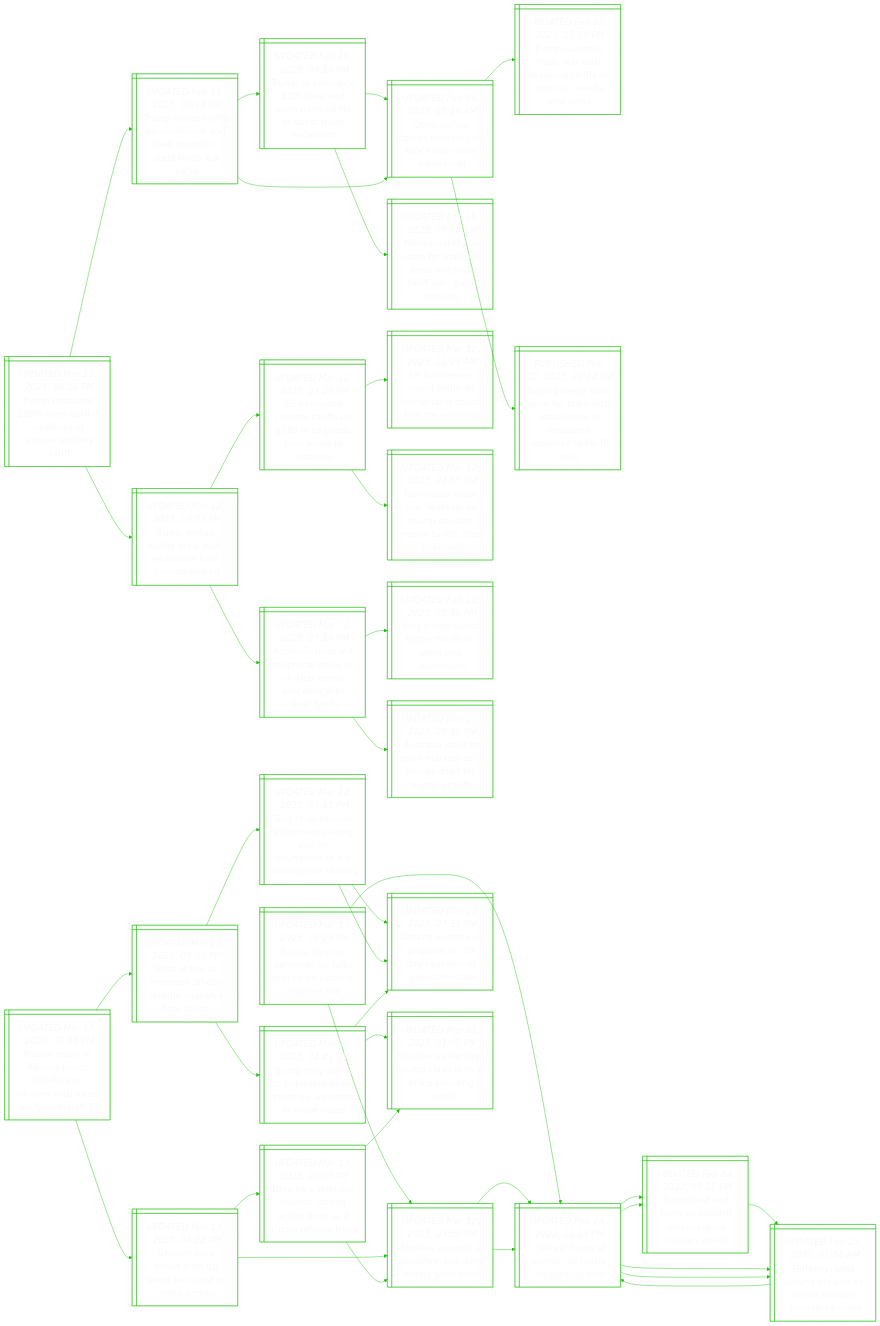
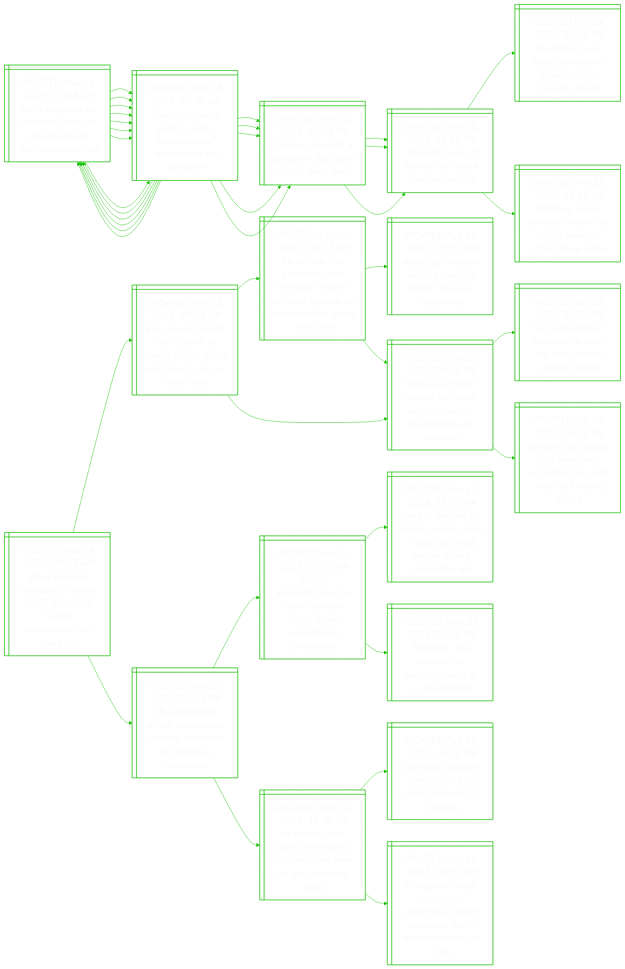
Before and after one commit to notJmes/notJmes: the diagram in README.md, drawn with Mermaid. The commit also changed other lines of this file, not shown here.

````diff
--- a/README.md
+++ b/README.md
@@ -16,64 +16,48 @@
 flowchart LR
 classDef txtsize font-size:20px;
 
-Tttirferekr@{ shape: win-pane, label: "_UPDATED Mar 13, 2025, 09:16 PM_
-Trump threatens 200% wine tariff if eu does not remove whiskey tariff" }
-Trsfanneonsds@{ shape: win-pane, label: "_UPDATED Feb 11, 2025, 06:19 PM_
-Trump raises tariffs on aluminium and steel imports in latest trade war salvo" }
-Ttosauuinsdao@{ shape: win-pane, label: "_UPDATED Feb 10, 2025, 09:10 PM_
-Trump to announce 25% steel and aluminium tariffs in latest trade escalation" }
-Opmogiodet@{ shape: win-pane, label: "_UPDATED Feb 08, 2025, 05:26 AM_
-Open up! us comes knocking on asia’s door amid trade reset" }
-MolneasUnirto@{ shape: win-pane, label: "_UPDATED Feb 10, 2025, 07:20 AM_
-More volatility in store for markets amid us-china tariff war, gaza tensions" }
-Opmogiodet@{ shape: win-pane, label: "_UPDATED Feb 08, 2025, 05:26 AM_
-Open up! us comes knocking on asia’s door amid trade reset" }
-Tlharsiroinnn@{ shape: win-pane, label: "_UPDATED Feb 02, 2025, 10:59 PM_
-Trump launches trade war with sweeping tariffs on mexico, canada and china" }
-Bnprflthoeeptik@{ shape: win-pane, label: "_PUBLISHED Feb 02, 2025, 08:14 PM_
-Beijing keeps door open for talks with washington in measured response to tariff hike" }
-Tmsfafaioad@{ shape: win-pane, label: "_UPDATED Mar 12, 2025, 10:53 PM_
-Trump metals tariffs draw swift retaliation from canada and eu" }
-EmceinSsbtr@{ shape: win-pane, label: "_UPDATED Mar 12, 2025, 03:20 PM_
-Eu to impose counter tariffs on $38b in us goods from boats to bourbon" }
-Uienrrachhn@{ shape: win-pane, label: "_UPDATED Mar 12, 2025, 11:05 AM_
-Us businesses sound alarm as trump tariff chaos hits the economy" }
-UaarsTdeartaf@{ shape: win-pane, label: "_UPDATED Mar 12, 2025, 02:55 PM_
-Us-canada trade war heats up as trump doubles metals tariffs, then backs off" }
-AauuiaeaTpetei@{ shape: win-pane, label: "_UPDATED Mar 12, 2025, 03:18 PM_
-Australia rules out reciprocal move on us after trump proceeds with steel tariffs" }
-Wungasedi@{ shape: win-pane, label: "_UPDATED Feb 12, 2025, 08:36 AM_
-Why trump wants higher tariffs on steel and aluminium" }
-Aaooneicsomr@{ shape: win-pane, label: "_UPDATED Mar 11, 2025, 09:16 PM_
-Australia looks to asian markets as it braces itself for trump’s tariffs" }
-
-Tttirferekr:::txtsize --> Trsfanneonsds:::txtsize
-Trsfanneonsds:::txtsize --> Ttosauuinsdao:::txtsize
-Ttosauuinsdao:::txtsize --> Opmogiodet:::txtsize
-Ttosauuinsdao:::txtsize --> MolneasUnirto:::txtsize
-Trsfanneonsds:::txtsize --> Opmogiodet:::txtsize
-Opmogiodet:::txtsize --> Tlharsiroinnn:::txtsize
-Opmogiodet:::txtsize --> Bnprflthoeeptik:::txtsize
-Tttirferekr:::txtsize --> Tmsfafaioad:::txtsize
-Tmsfafaioad:::txtsize --> EmceinSsbtr:::txtsize
-EmceinSsbtr:::txtsize --> Uienrrachhn:::txtsize
-EmceinSsbtr:::txtsize --> UaarsTdeartaf:::txtsize
-Tmsfafaioad:::txtsize --> AauuiaeaTpetei:::txtsize
-AauuiaeaTpetei:::txtsize --> Wungasedi:::txtsize
-AauuiaeaTpetei:::txtsize --> Aaooneicsomr:::txtsize
-
-Raomfltnius@{ shape: win-pane, label: "_UPDATED Mar 13, 2025, 06:25 PM_
-Russia lays out demands for talks with us on ukraine, sources say" }
+Psscfdrierrk@{ shape: win-pane, label: "_UPDATED Mar 14, 2025, 11:48 AM_
+Putin suggests us ceasefire idea for ukraine needs serious reworking" }
+Zsatenasmose@{ shape: win-pane, label: "_UPDATED Mar 14, 2025, 06:46 AM_
+Zelensky slams putin’s ‘very manipulative’ statements on ceasefire" }
+Unecfusit@{ shape: win-pane, label: "_UPDATED Mar 12, 2025, 05:55 PM_
+Ukraine accepts a ceasefire, but does russia want one?" }
 DsruasvUn@{ shape: win-pane, label: "_UPDATED Feb 24, 2022, 11:13 PM_
 'darkest hours of europe' as russia invades ukraine" }
-Bsnranicsak@{ shape: win-pane, label: "_UPDATED Feb 24, 2022, 09:21 PM_
-Bloodshed and tears as eastern ukraine faces russian attack" }
-Figokesnsts@{ shape: win-pane, label: "_UPDATED Feb 25, 2022, 01:54 AM_
-Fighting rages around ukraine as russia invades from three sides" }
-Figokesnsts@{ shape: win-pane, label: "_UPDATED Feb 25, 2022, 01:54 AM_
-Fighting rages around ukraine as russia invades from three sides" }
+Psscfdrierrk@{ shape: win-pane, label: "_UPDATED Mar 14, 2025, 11:48 AM_
+Putin suggests us ceasefire idea for ukraine needs serious reworking" }
+Zsatenasmose@{ shape: win-pane, label: "_UPDATED Mar 14, 2025, 06:46 AM_
+Zelensky slams putin’s ‘very manipulative’ statements on ceasefire" }
+Zsatenasmose@{ shape: win-pane, label: "_UPDATED Mar 14, 2025, 06:46 AM_
+Zelensky slams putin’s ‘very manipulative’ statements on ceasefire" }
+Zsatenasmose@{ shape: win-pane, label: "_UPDATED Mar 14, 2025, 06:46 AM_
+Zelensky slams putin’s ‘very manipulative’ statements on ceasefire" }
+Unecfusit@{ shape: win-pane, label: "_UPDATED Mar 12, 2025, 05:55 PM_
+Ukraine accepts a ceasefire, but does russia want one?" }
 DsruasvUn@{ shape: win-pane, label: "_UPDATED Feb 24, 2022, 11:13 PM_
 'darkest hours of europe' as russia invades ukraine" }
+Psscfdrierrk@{ shape: win-pane, label: "_UPDATED Mar 14, 2025, 11:48 AM_
+Putin suggests us ceasefire idea for ukraine needs serious reworking" }
+Zsatenasmose@{ shape: win-pane, label: "_UPDATED Mar 14, 2025, 06:46 AM_
+Zelensky slams putin’s ‘very manipulative’ statements on ceasefire" }
+Zsatenasmose@{ shape: win-pane, label: "_UPDATED Mar 14, 2025, 06:46 AM_
+Zelensky slams putin’s ‘very manipulative’ statements on ceasefire" }
+
+Psscfdrierrk:::txtsize --> Zsatenasmose:::txtsize
+Zsatenasmose:::txtsize --> Unecfusit:::txtsize
+Unecfusit:::txtsize --> DsruasvUn:::txtsize
+Zsatenasmose:::txtsize --> Psscfdrierrk:::txtsize
+Psscfdrierrk:::txtsize --> Zsatenasmose:::txtsize
+Psscfdrierrk:::txtsize --> Zsatenasmose:::txtsize
+Psscfdrierrk:::txtsize --> Zsatenasmose:::txtsize
+Zsatenasmose:::txtsize --> Unecfusit:::txtsize
+Unecfusit:::txtsize --> DsruasvUn:::txtsize
+Zsatenasmose:::txtsize --> Psscfdrierrk:::txtsize
+Psscfdrierrk:::txtsize --> Zsatenasmose:::txtsize
+Psscfdrierrk:::txtsize --> Zsatenasmose:::txtsize
+
+Zsatenasmose@{ shape: win-pane, label: "_UPDATED Mar 14, 2025, 06:46 AM_
+Zelensky slams putin’s ‘very manipulative’ statements on ceasefire" }
 Unecfusit@{ shape: win-pane, label: "_UPDATED Mar 12, 2025, 05:55 PM_
 Ukraine accepts a ceasefire, but does russia want one?" }
 DsruasvUn@{ shape: win-pane, label: "_UPDATED Feb 24, 2022, 11:13 PM_
@@ -82,58 +66,77 @@
 Bloodshed and tears as eastern ukraine faces russian attack" }
 Figokesnsts@{ shape: win-pane, label: "_UPDATED Feb 25, 2022, 01:54 AM_
 Fighting rages around ukraine as russia invades from three sides" }
+Psscfdrierrk@{ shape: win-pane, label: "_UPDATED Mar 14, 2025, 11:48 AM_
+Putin suggests us ceasefire idea for ukraine needs serious reworking" }
+Zsatenasmose@{ shape: win-pane, label: "_UPDATED Mar 14, 2025, 06:46 AM_
+Zelensky slams putin’s ‘very manipulative’ statements on ceasefire" }
+Unecfusit@{ shape: win-pane, label: "_UPDATED Mar 12, 2025, 05:55 PM_
+Ukraine accepts a ceasefire, but does russia want one?" }
+Psscfdrierrk@{ shape: win-pane, label: "_UPDATED Mar 14, 2025, 11:48 AM_
+Putin suggests us ceasefire idea for ukraine needs serious reworking" }
+Zsatenasmose@{ shape: win-pane, label: "_UPDATED Mar 14, 2025, 06:46 AM_
+Zelensky slams putin’s ‘very manipulative’ statements on ceasefire" }
+Unecfusit@{ shape: win-pane, label: "_UPDATED Mar 12, 2025, 05:55 PM_
+Ukraine accepts a ceasefire, but does russia want one?" }
+Psscfdrierrk@{ shape: win-pane, label: "_UPDATED Mar 14, 2025, 11:48 AM_
+Putin suggests us ceasefire idea for ukraine needs serious reworking" }
 
-Raomfltnius:::txtsize --> DsruasvUn:::txtsize
-DsruasvUn:::txtsize --> Bsnranicsak:::txtsize
-Bsnranicsak:::txtsize --> Figokesnsts:::txtsize
-DsruasvUn:::txtsize --> Figokesnsts:::txtsize
-Figokesnsts:::txtsize --> DsruasvUn:::txtsize
-Raomfltnius:::txtsize --> Unecfusit:::txtsize
+Zsatenasmose:::txtsize --> Unecfusit:::txtsize
 Unecfusit:::txtsize --> DsruasvUn:::txtsize
 DsruasvUn:::txtsize --> Bsnranicsak:::txtsize
 DsruasvUn:::txtsize --> Figokesnsts:::txtsize
+Zsatenasmose:::txtsize --> Psscfdrierrk:::txtsize
+Psscfdrierrk:::txtsize --> Zsatenasmose:::txtsize
+Zsatenasmose:::txtsize --> Unecfusit:::txtsize
+Zsatenasmose:::txtsize --> Psscfdrierrk:::txtsize
+Psscfdrierrk:::txtsize --> Zsatenasmose:::txtsize
+Zsatenasmose:::txtsize --> Unecfusit:::txtsize
+Zsatenasmose:::txtsize --> Psscfdrierrk:::txtsize
 
-Rayspiaoaiala@{ shape: win-pane, label: "_UPDATED Mar 13, 2025, 07:36 PM_
-Russia ready to discuss peace initiative on ukraine with us as early as march 13" }
-WsSoaaeiau@{ shape: win-pane, label: "_UPDATED Mar 12, 2025, 08:09 PM_
-What is the us-proposed 30-day ukraine ceasefire deal about?" }
-Tfrsmawrmndlna@{ shape: win-pane, label: "_UPDATED Mar 12, 2025, 07:41 PM_
-Text of us-ukraine statement paving way for resumption of aid, intelligence sharing" }
-UneSoocfnis@{ shape: win-pane, label: "_UPDATED Mar 12, 2025, 07:31 PM_
-Ukraine accepts us proposal for 30-day ceasefire in war with russia" }
-UneSoocfnis@{ shape: win-pane, label: "_UPDATED Mar 12, 2025, 07:31 PM_
-Ukraine accepts us proposal for 30-day ceasefire in war with russia" }
-TmePtelyoWH@{ shape: win-pane, label: "_UPDATED Mar 12, 2025, 04:41 PM_
-Trump may speak to putin this week, zelensky welcome at white house" }
-UneSoocfnis@{ shape: win-pane, label: "_UPDATED Mar 12, 2025, 07:31 PM_
-Ukraine accepts us proposal for 30-day ceasefire in war with russia" }
-Unlyphaiogh@{ shape: win-pane, label: "_UPDATED Mar 01, 2025, 01:05 PM_
-Ukraine’s zelensky, trump clash in oval office shouting match" }
-Unsiweceam@{ shape: win-pane, label: "_UPDATED Mar 13, 2025, 04:22 PM_
-Ukraine says russia blew up teens recruited to make bombs" }
-Unecfusit@{ shape: win-pane, label: "_UPDATED Mar 12, 2025, 05:55 PM_
-Ukraine accepts a ceasefire, but does russia want one?" }
-DsruasvUn@{ shape: win-pane, label: "_UPDATED Feb 24, 2022, 11:13 PM_
-'darkest hours of europe' as russia invades ukraine" }
-UnlycrcfSsese@{ shape: win-pane, label: "_UPDATED Mar 13, 2025, 06:05 PM_
-Ukraine’s zelensky expects ‘strong’ action from us if russia refuses truce" }
-Unlyphaiogh@{ shape: win-pane, label: "_UPDATED Mar 01, 2025, 01:05 PM_
-Ukraine’s zelensky, trump clash in oval office shouting match" }
-Unecfusit@{ shape: win-pane, label: "_UPDATED Mar 12, 2025, 05:55 PM_
-Ukraine accepts a ceasefire, but does russia want one?" }
+JHnvtsotumton@{ shape: win-pane, label: "_UPDATED Mar 14, 2025, 09:25 AM_
+Johns hopkins university slashes 2,000 jobs after trump administration grant cut" }
+EurtooimlgtUtt@{ shape: win-pane, label: "_UPDATED Feb 04, 2025, 07:51 AM_
+Elon musk targets the closure of usaid; trump mulls merging it into us state dept" }
+Moasteyelueffari@{ shape: win-pane, label: "_UPDATED Feb 03, 2025, 06:13 PM_
+Musk now has access to vital treasury system, will give update on reform effort amid criticism" }
+MaGaytoeye@{ shape: win-pane, label: "_UPDATED Feb 03, 2025, 07:55 AM_
+Musk says doge is ‘rapidly shutting down’ treasury payments" }
+MStuamirnasg@{ shape: win-pane, label: "_UPDATED Feb 03, 2025, 09:51 PM_
+More usaid staff ousted as trump administration dismantles aid agency" }
+MStuamirnasg@{ shape: win-pane, label: "_UPDATED Feb 03, 2025, 09:51 PM_
+More usaid staff ousted as trump administration dismantles aid agency" }
+Uuoenidrpri@{ shape: win-pane, label: "_UPDATED Jan 25, 2025, 03:27 PM_
+Us issues broad freeze on foreign aid after trump orders review" }
+Ungseeafseugk@{ shape: win-pane, label: "_UPDATED Jan 30, 2025, 08:29 PM_
+Ukraine aid groups cut services, scramble for cash after us funding shock" }
+Uhiraisntrlaey@{ shape: win-pane, label: "_UPDATED Mar 10, 2025, 02:13 PM_
+Us authorities arrest palestinian student protester at columbia university" }
+Taitoedifaips@{ shape: win-pane, label: "_UPDATED Jan 30, 2025, 03:35 PM_
+Trump administration to cancel student visas of pro-palestinian protesters" }
+Sbsrcdnacaale@{ shape: win-pane, label: "_UPDATED Nov 13, 2024, 11:02 AM_
+‘sea of bodies’ in israel, scores dead in gaza as shock hamas attack unleashes war" }
+TiosaanUvt@{ shape: win-pane, label: "_UPDATED May 03, 2024, 05:26 PM_
+Timeline: pro-palestinian encampments at us universities" }
+Amsreiusohpb@{ shape: win-pane, label: "_UPDATED Mar 06, 2025, 10:42 PM_
+As trump goes after universities, students are now on the chopping block" }
+Stdrruelaug@{ shape: win-pane, label: "_UPDATED Feb 09, 2025, 06:20 PM_
+Scientists deplore sharp us cut in medical research funding" }
+Tasgxrrtnsrafb@{ shape: win-pane, label: "_UPDATED Feb 19, 2025, 06:01 PM_
+Trump and musk target tax enforcers, rocket scientists, bank regulators for job cuts" }
 
-Rayspiaoaiala:::txtsize --> WsSoaaeiau:::txtsize
-WsSoaaeiau:::txtsize --> Tfrsmawrmndlna:::txtsize
-Tfrsmawrmndlna:::txtsize --> UneSoocfnis:::txtsize
-Tfrsmawrmndlna:::txtsize --> UneSoocfnis:::txtsize
-WsSoaaeiau:::txtsize --> TmePtelyoWH:::txtsize
-TmePtelyoWH:::txtsize --> UneSoocfnis:::txtsize
-TmePtelyoWH:::txtsize --> Unlyphaiogh:::txtsize
-Rayspiaoaiala:::txtsize --> Unsiweceam:::txtsize
-Unsiweceam:::txtsize --> Unecfusit:::txtsize
-Unecfusit:::txtsize --> DsruasvUn:::txtsize
-Unsiweceam:::txtsize --> UnlycrcfSsese:::txtsize
-UnlycrcfSsese:::txtsize --> Unlyphaiogh:::txtsize
-UnlycrcfSsese:::txtsize --> Unecfusit:::txtsize
+JHnvtsotumton:::txtsize --> EurtooimlgtUtt:::txtsize
+EurtooimlgtUtt:::txtsize --> Moasteyelueffari:::txtsize
+Moasteyelueffari:::txtsize --> MaGaytoeye:::txtsize
+Moasteyelueffari:::txtsize --> MStuamirnasg:::txtsize
+EurtooimlgtUtt:::txtsize --> MStuamirnasg:::txtsize
+MStuamirnasg:::txtsize --> Uuoenidrpri:::txtsize
+MStuamirnasg:::txtsize --> Ungseeafseugk:::txtsize
+JHnvtsotumton:::txtsize --> Uhiraisntrlaey:::txtsize
+Uhiraisntrlaey:::txtsize --> Taitoedifaips:::txtsize
+Taitoedifaips:::txtsize --> Sbsrcdnacaale:::txtsize
+Taitoedifaips:::txtsize --> TiosaanUvt:::txtsize
+Uhiraisntrlaey:::txtsize --> Amsreiusohpb:::txtsize
+Amsreiusohpb:::txtsize --> Stdrruelaug:::txtsize
+Amsreiusohpb:::txtsize --> Tasgxrrtnsrafb:::txtsize
 
 ```
````
